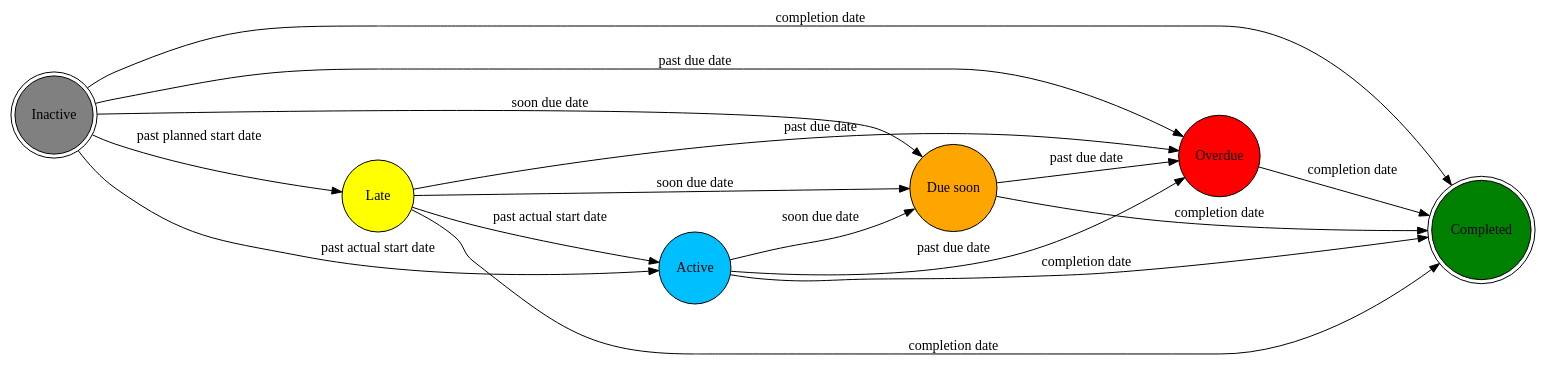
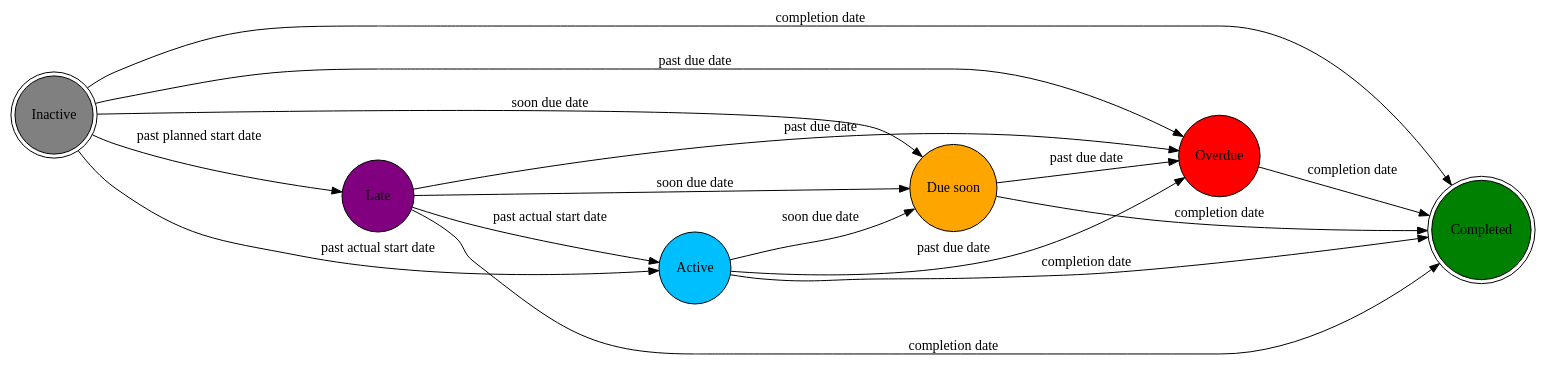
Before and after one commit to vkucera/task-coach: the diagram in taskcoach/doc/task_states.dot, drawn with Graphviz. The commit also changed 53 other files, not shown here.

```diff
--- a/taskcoach/doc/task_states.dot
+++ b/taskcoach/doc/task_states.dot
@@ -1,26 +1,26 @@
 digraph task_states {
     rankdir=LR;
     node [shape = circle, width = 1];
     Inactive [shape = doublecircle, style = filled, fillcolor = grey];
-    Late [style = filled, fillcolor = yellow];
+    Late [style = filled, fillcolor = purple];
     Active [style = filled, fillcolor = deepskyblue];
     "Due soon" [style = filled, fillcolor = orange];
     Overdue [style = filled, fillcolor = red];
     Completed [shape = doublecircle, style = filled, fillcolor = green];
 
     Inactive -> Late [ label = "past planned start date" ];
     Inactive -> Active [ label = "past actual start date" ];
     Inactive -> "Due soon" [ label = "soon due date" ];
     Inactive -> Overdue [ label = "past due date" ];
     Inactive -> Completed [ label = "completion date" ];
     Late -> Active [ label = "past actual start date" ];
     Late -> "Due soon" [ label = "soon due date" ];
     Late -> Overdue [ label = "past due date" ];
     Late -> Completed [ label = "completion date" ];
     Active -> "Due soon" [ label = "soon due date" ];
     Active -> Overdue [ label = "past due date" ];
     Active -> Completed [ label = "completion date" ];
     "Due soon" -> Overdue [ label = "past due date" ];
     "Due soon" -> Completed [ label = "completion date" ];
     Overdue -> Completed [ label = "completion date" ];
 }
```
